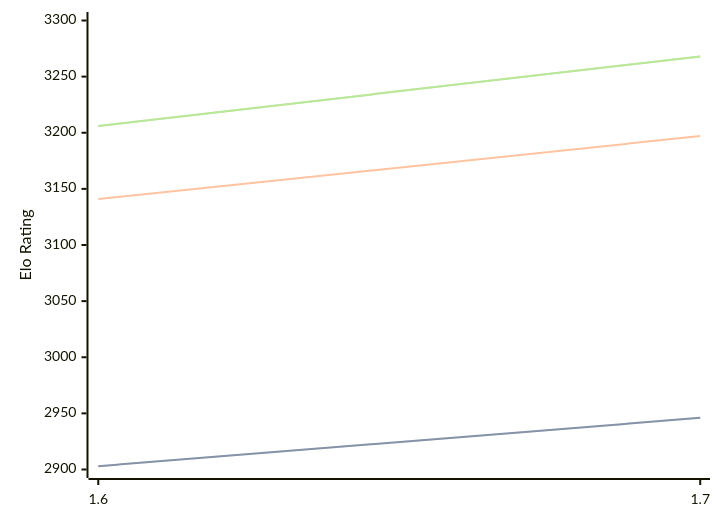
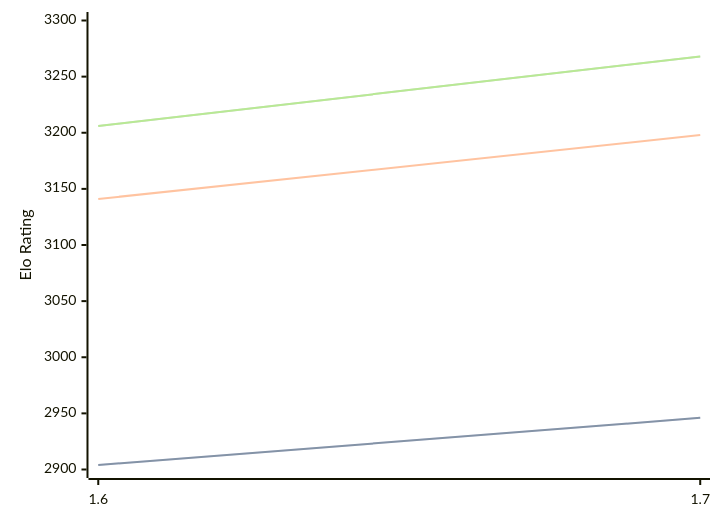
Before and after one commit to computer-chess-index/cci: the diagram in engines/Bitbit.md, drawn with Mermaid. The commit also changed other lines of this file, not shown here.

````diff
--- a/engines/Bitbit.md
+++ b/engines/Bitbit.md
@@ -32,11 +32,11 @@
 ```mermaid
 %%{init: {"theme":"base","themeVariables":{"seriesColors:['#a3a3a3','#222221','#faa371']}}}%%
 xychart-beta
   x-axis ["1.6", "1.7"]
   y-axis "Elo Rating" 2900 --> 3300
-  line "" [2903, 2946]
-  line "STC (8.0+0.08s)" [2903, 2946]
-  line "LTC (60.0+0.60s)" [3141, 3197]
+  line "" [2904, 2946]
+  line "STC (8.0+0.08s)" [2904, 2946]
+  line "LTC (60.0+0.60s)" [3141, 3198]
   line "" [3206, 3268]
   line "VLTC (2m24s+1.12s)" [3206, 3268]
 ```
````
